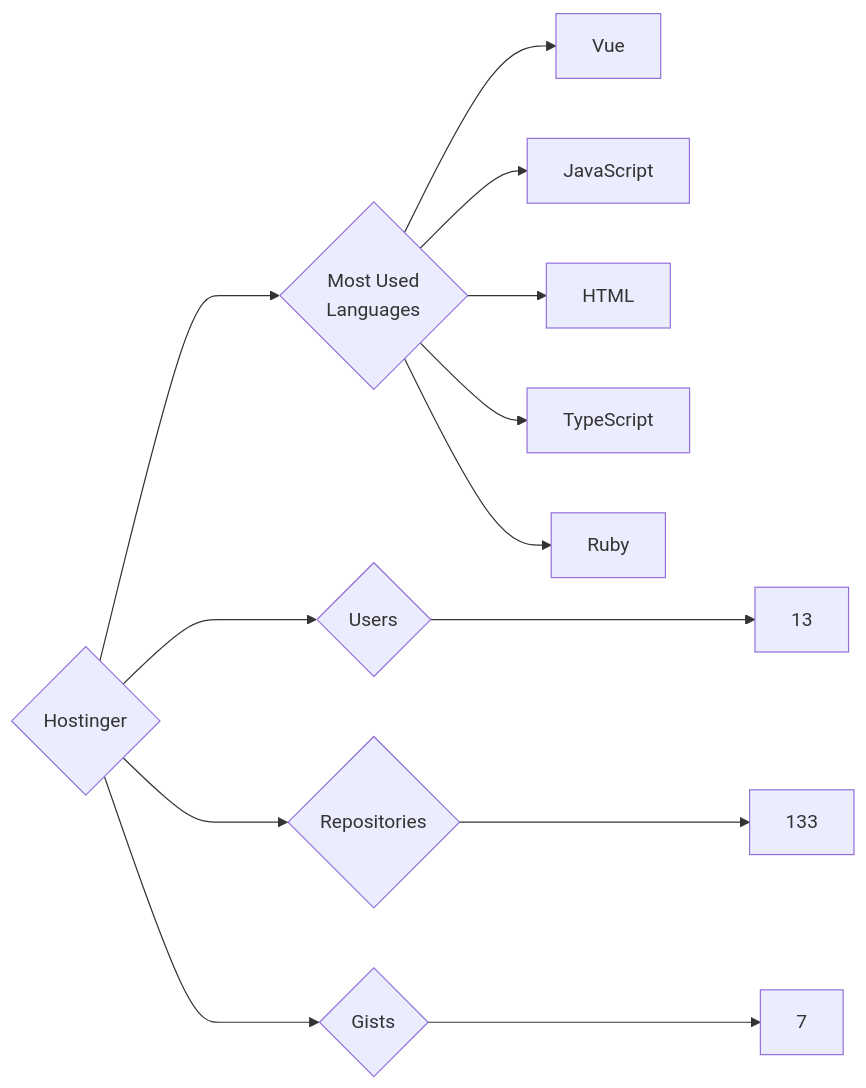
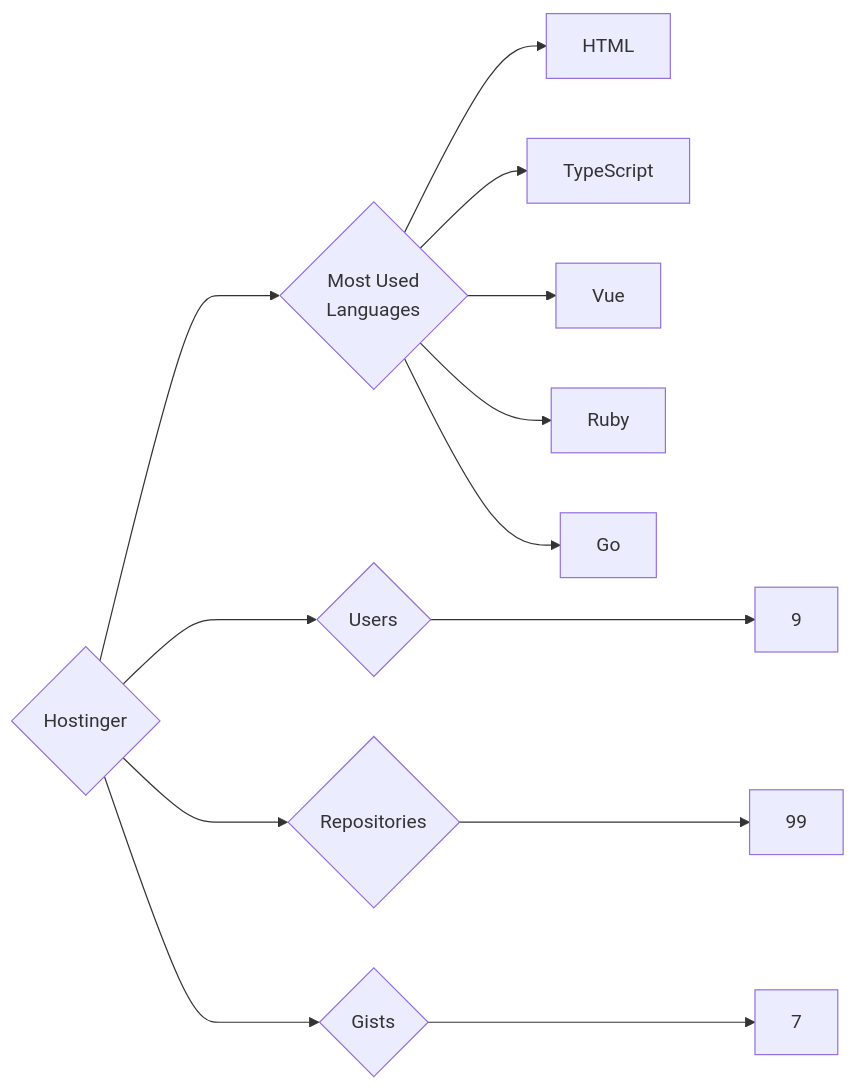
One commit to trickest/insiders changed the diagram in targets/Hostinger/README.md. Above: the diagram before and after it, drawn with Mermaid. The commit also changed 693 other files, not shown here.

````diff
--- a/targets/Hostinger/README.md
+++ b/targets/Hostinger/README.md
@@ -3,13 +3,13 @@
 ```mermaid
 graph LR
 COMPANY_NAME{Hostinger}
-COMPANY_NAME ---> U{Users} ---> UN[13]
-COMPANY_NAME ---> R{Repositories} ---> RN[133]
+COMPANY_NAME ---> U{Users} ---> UN[9]
+COMPANY_NAME ---> R{Repositories} ---> RN[99]
 COMPANY_NAME ---> G{Gists} ---> GN[7]
 COMPANY_NAME ---> ML{Most Used<br>Languages}
-ML --> Vue[Vue]
-ML --> JavaScript[JavaScript]
 ML --> HTML[HTML]
 ML --> TypeScript[TypeScript]
+ML --> Vue[Vue]
 ML --> Ruby[Ruby]
+ML --> Go[Go]
 ```
````
